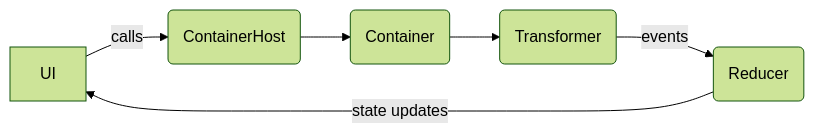
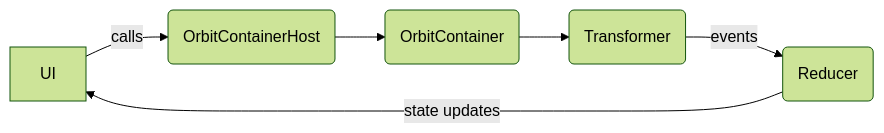
Before and after one commit to orbit-mvi/orbit-mvi: the second of 3 diagrams in website/docs/Core/architecture.md, drawn with Mermaid (forest theme). The commit also changed other lines of this file and 7 other files, not shown here.

First line of the commit message:
Update docs for unified OrbitContainerHost API (#321)

````diff
--- a/website/docs/Core/architecture.md
+++ b/website/docs/Core/architecture.md
@@ -26,8 +26,8 @@
 ```mermaid
 graph LR
-	A[UI] -->|calls| B(ContainerHost)
-	B --> C(Container)
+	A[UI] -->|calls| B(OrbitContainerHost)
+	B --> C(OrbitContainer)
 	C --> D(Transformer)
 	D -->|events| E(Reducer)
 	E -->|state updates| A
 ```
````
